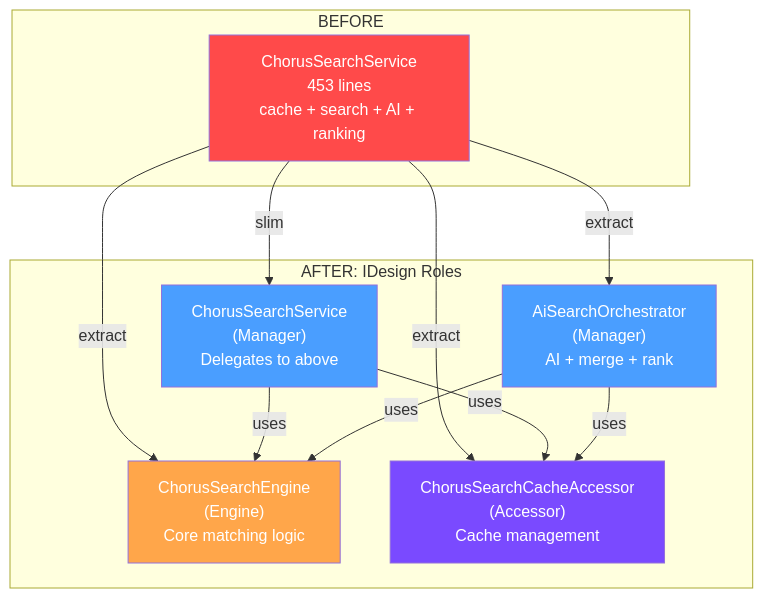
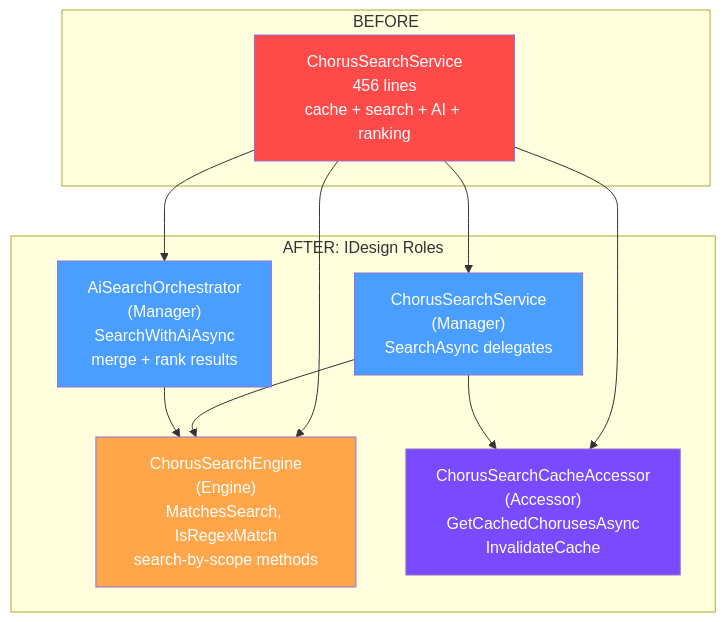
One commit to loganventer/CHAP2 changed the fifth of 11 diagrams in .work/REFACTORING_PLAN.md. Above: the diagram before and after it, drawn with Mermaid. The commit also changed other lines of this file and 24 other files, not shown here.

````diff
--- a/.work/REFACTORING_PLAN.md
+++ b/.work/REFACTORING_PLAN.md
@@ -268,29 +249,27 @@
 ```mermaid
 graph TD
     subgraph "BEFORE"
-        CSS["ChorusSearchService<br/>453 lines<br/>cache + search + AI + ranking"]
+        CSS["ChorusSearchService<br/>456 lines<br/>cache + search + AI + ranking"]
     end
 
     subgraph "AFTER: IDesign Roles"
-        CSE["ChorusSearchEngine<br/>(Engine)<br/>Core matching logic"]
-        CSCA["ChorusSearchCacheAccessor<br/>(Accessor)<br/>Cache management"]
-        ASO["AiSearchOrchestrator<br/>(Manager)<br/>AI + merge + rank"]
-        CSS2["ChorusSearchService<br/>(Manager)<br/>Delegates to above"]
+        CSE["ChorusSearchEngine<br/>(Engine)<br/>MatchesSearch, IsRegexMatch<br/>search-by-scope methods"]
+        CSCA["ChorusSearchCacheAccessor<br/>(Accessor)<br/>GetCachedChorusesAsync<br/>InvalidateCache"]
+        ASO["AiSearchOrchestrator<br/>(Manager)<br/>SearchWithAiAsync<br/>merge + rank results"]
+        CSS2["ChorusSearchService<br/>(Manager)<br/>SearchAsync delegates"]
     end
 
-    CSS -->|extract| CSE
-    CSS -->|extract| CSCA
-    CSS -->|extract| ASO
-    CSS -->|slim| CSS2
-
-    CSS2 -->|uses| CSE
-    CSS2 -->|uses| CSCA
-    ASO -->|uses| CSE
-    ASO -->|uses| CSCA
+    CSS --> CSE
+    CSS --> CSCA
+    CSS --> ASO
+    CSS --> CSS2
+    CSS2 --> CSE
+    CSS2 --> CSCA
+    ASO --> CSE
 
     style CSS fill:#ff4a4a,color:#fff
     style CSE fill:#ffa64a,color:#fff
     style CSCA fill:#7a4aff,color:#fff
     style ASO fill:#4a9eff,color:#fff
     style CSS2 fill:#4a9eff,color:#fff
 ```
````
